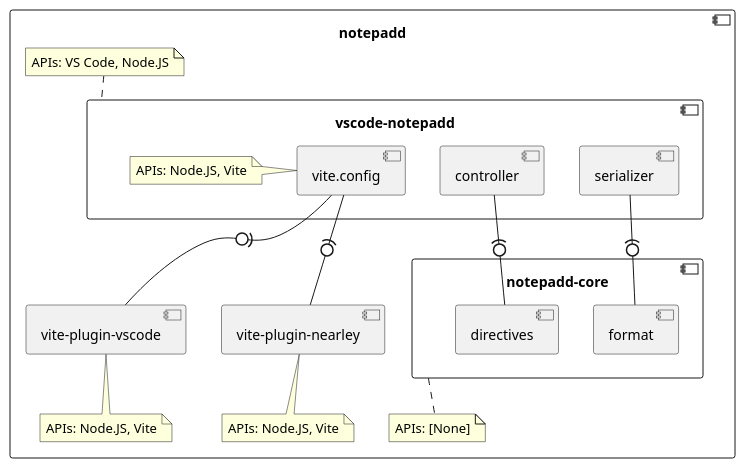
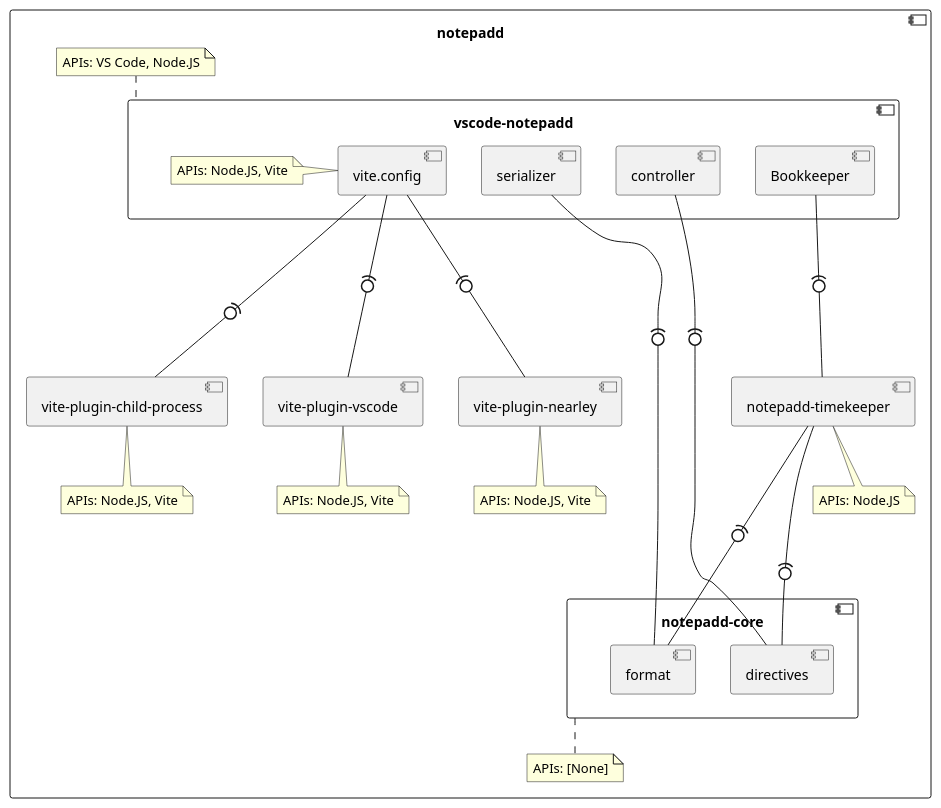
One commit to esdmr/notepadd changed the diagram in diagrams/packages.plantuml. Above: the diagram before and after it, drawn with PlantUML. The commit also changed 48 other files, not shown here.

Commit message:
feat(vsc,vpc,core,time): implement timekeeper

```diff
--- a/diagrams/packages.plantuml
+++ b/diagrams/packages.plantuml
@@ -1,31 +1,43 @@
 @startuml packages
 
 component "notepadd" as np {
 	component "notepadd-core" as core {
 		component "format" as core_fmt
 		component "directives" as core_dir
 	}
 	note bottom of core: APIs: [None]
 
+	component "notepadd-timekeeper" as time
+	note bottom of time: APIs: Node.JS
+	time --(0-- core_fmt
+	time --(0-- core_dir
+
+	component "vite-plugin-child-process" as vpc
+	note bottom of vpc: APIs: Node.JS, Vite
+
 	component "vite-plugin-vscode" as vpv
 	note bottom of vpv: APIs: Node.JS, Vite
 
 	component "vite-plugin-nearley" as vpn
 	note bottom of vpn: APIs: Node.JS, Vite
 
 	component "vscode-notepadd" as vsc {
 		component "vite.config" as vsc_vite
-		vsc_vite -(0- vpv
-		vsc_vite -(0- vpn
+		vsc_vite --(0-- vpc
+		vsc_vite --(0-- vpv
+		vsc_vite --(0-- vpn
 		note left of vsc_vite: APIs: Node.JS, Vite
 
 		component "serializer" as vsc_serde
-		vsc_serde -(0- core_fmt
+		vsc_serde --(0-- core_fmt
 
 		component "controller" as vsc_ctrl
-		vsc_ctrl -(0- core_dir
+		vsc_ctrl --(0-- core_dir
+
+		component "Bookkeeper" as vsc_book
+		vsc_book --(0-- time
 	}
 	note top of vsc: APIs: VS Code, Node.JS
 }
 
 @enduml
```
